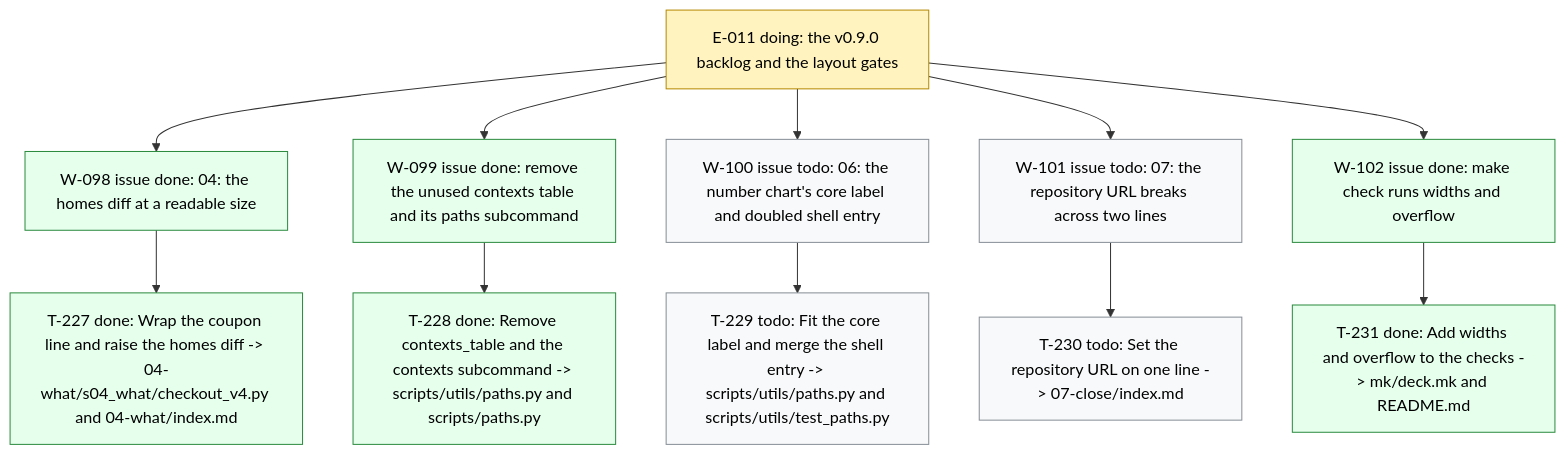
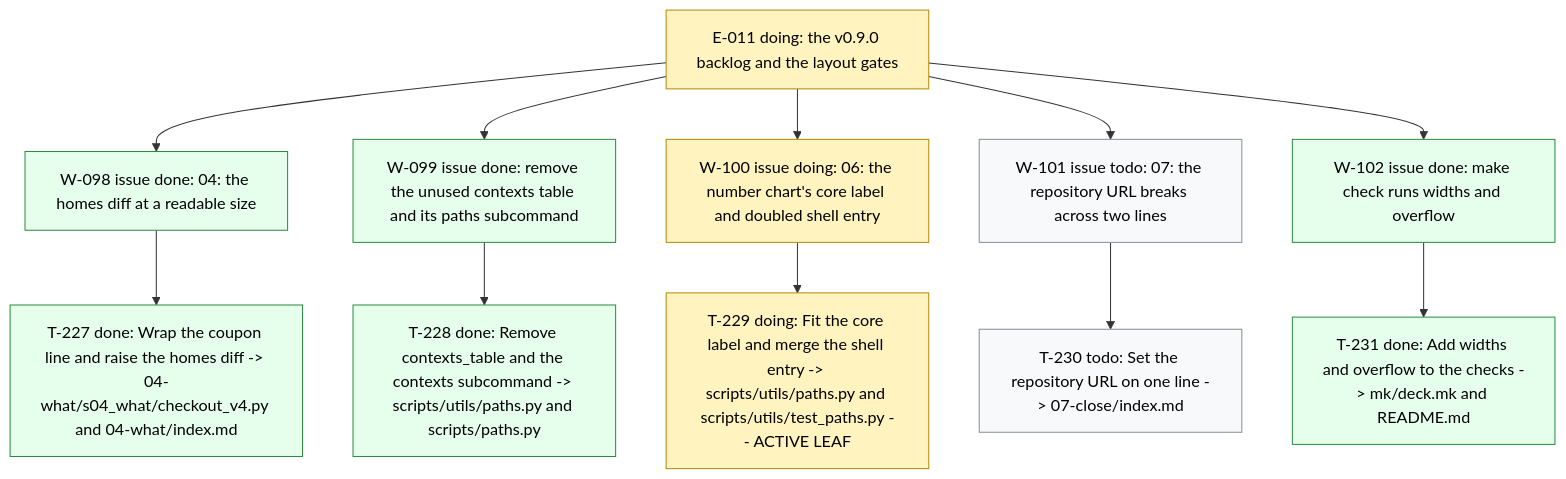
The diagram in .board/BOARD.md (dpopchev/chaos-to-simple), drawn with Mermaid before and after one commit. The commit also changed other lines of this file and 2 other files, not shown here.

Commit message:
chore(board): activate W-100, start T-229
Refs: W-100 T-229

````diff
--- a/.board/BOARD.md
+++ b/.board/BOARD.md
@@ -594,22 +594,22 @@
 ```mermaid
 flowchart TD
   E011["E-011 doing: the v0.9.0 backlog and the layout gates"]
   E011 --> W098["W-098 issue done: 04: the homes diff at a readable size"]
   W098 --> T227["T-227 done: Wrap the coupon line and raise the homes diff -> 04-what/s04_what/checkout_v4.py and 04-what/index.md"]
   E011 --> W099["W-099 issue done: remove the unused contexts table and its paths subcommand"]
   W099 --> T228["T-228 done: Remove contexts_table and the contexts subcommand -> scripts/utils/paths.py and scripts/paths.py"]
-  E011 --> W100["W-100 issue todo: 06: the number chart's core label and doubled shell entry"]
-  W100 --> T229["T-229 todo: Fit the core label and merge the shell entry -> scripts/utils/paths.py and scripts/utils/test_paths.py"]
+  E011 --> W100["W-100 issue doing: 06: the number chart's core label and doubled shell entry"]
+  W100 --> T229["T-229 doing: Fit the core label and merge the shell entry -> scripts/utils/paths.py and scripts/utils/test_paths.py -- ACTIVE LEAF"]
   E011 --> W101["W-101 issue todo: 07: the repository URL breaks across two lines"]
   W101 --> T230["T-230 todo: Set the repository URL on one line -> 07-close/index.md"]
   E011 --> W102["W-102 issue done: make check runs widths and overflow"]
   W102 --> T231["T-231 done: Add widths and overflow to the checks -> mk/deck.mk and README.md"]
   classDef doing fill:#fff3bf,stroke:#b58900,color:#000;
   classDef blocked fill:#ffe3e3,stroke:#c92a2a,color:#000;
   classDef done fill:#e6ffed,stroke:#2b8a3e,color:#000;
   classDef todo fill:#f8f9fa,stroke:#868e96,color:#000;
   classDef pruned fill:#f1f3f5,stroke:#adb5bd,color:#000;
-  class E011 doing
+  class E011,W100,T229 doing
   class W098,T227,W099,T228,W102,T231 done
-  class W100,T229,W101,T230 todo
+  class W101,T230 todo
 ```
````
